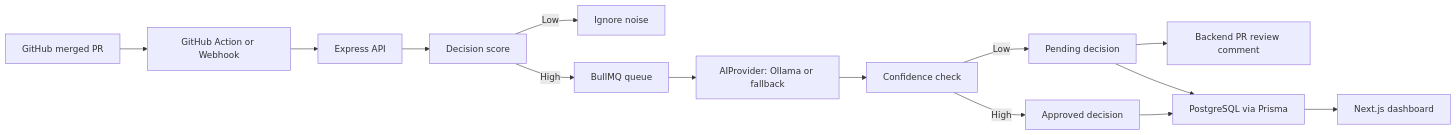
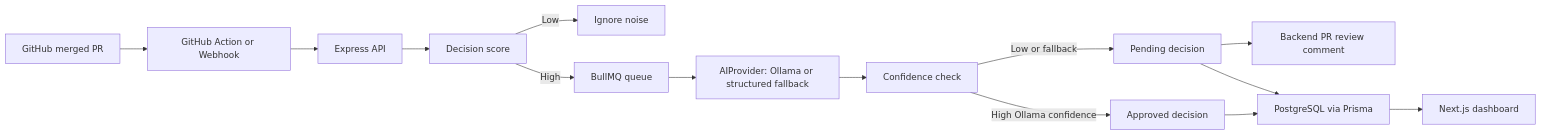
The diagram in README.md (Tausif4171/DecisionCapture), drawn with Mermaid before and after one commit. The commit also changed other lines of this file and 33 other files, not shown here.

````diff
--- a/README.md
+++ b/README.md
@@ -23,16 +23,16 @@
 ```mermaid
 flowchart LR
   GitHub["GitHub merged PR"] --> Action["GitHub Action or Webhook"]
   Action --> API["Express API"]
   API --> Score["Decision score"]
   Score -->|Low| Ignore["Ignore noise"]
   Score -->|High| Queue["BullMQ queue"]
-  Queue --> AI["AIProvider: Ollama or fallback"]
+  Queue --> AI["AIProvider: Ollama or structured fallback"]
   AI --> Confidence["Confidence check"]
-  Confidence -->|High| Approved["Approved decision"]
-  Confidence -->|Low| Pending["Pending decision"]
+  Confidence -->|High Ollama confidence| Approved["Approved decision"]
+  Confidence -->|Low or fallback| Pending["Pending decision"]
   Pending --> Comment["Backend PR review comment"]
   Approved --> DB["PostgreSQL via Prisma"]
   Pending --> DB
   DB --> UI["Next.js dashboard"]
 ```
````
